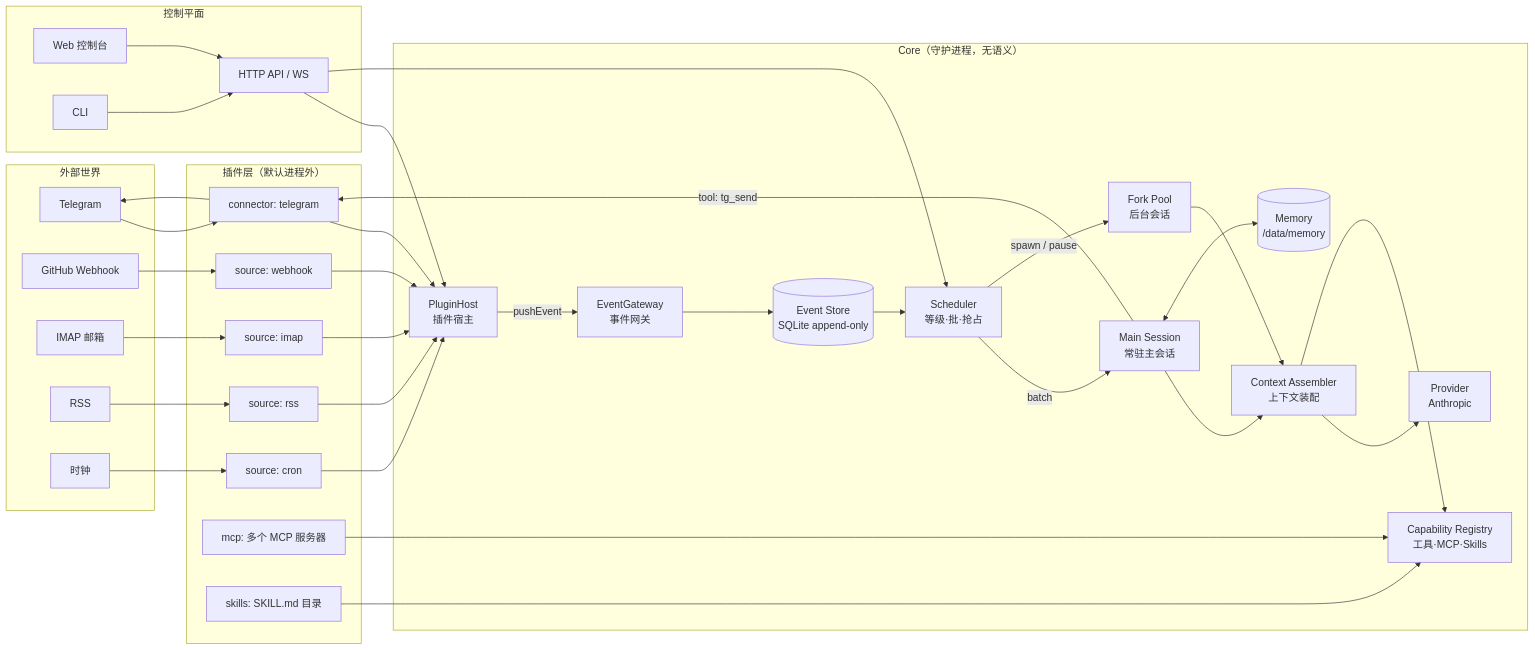
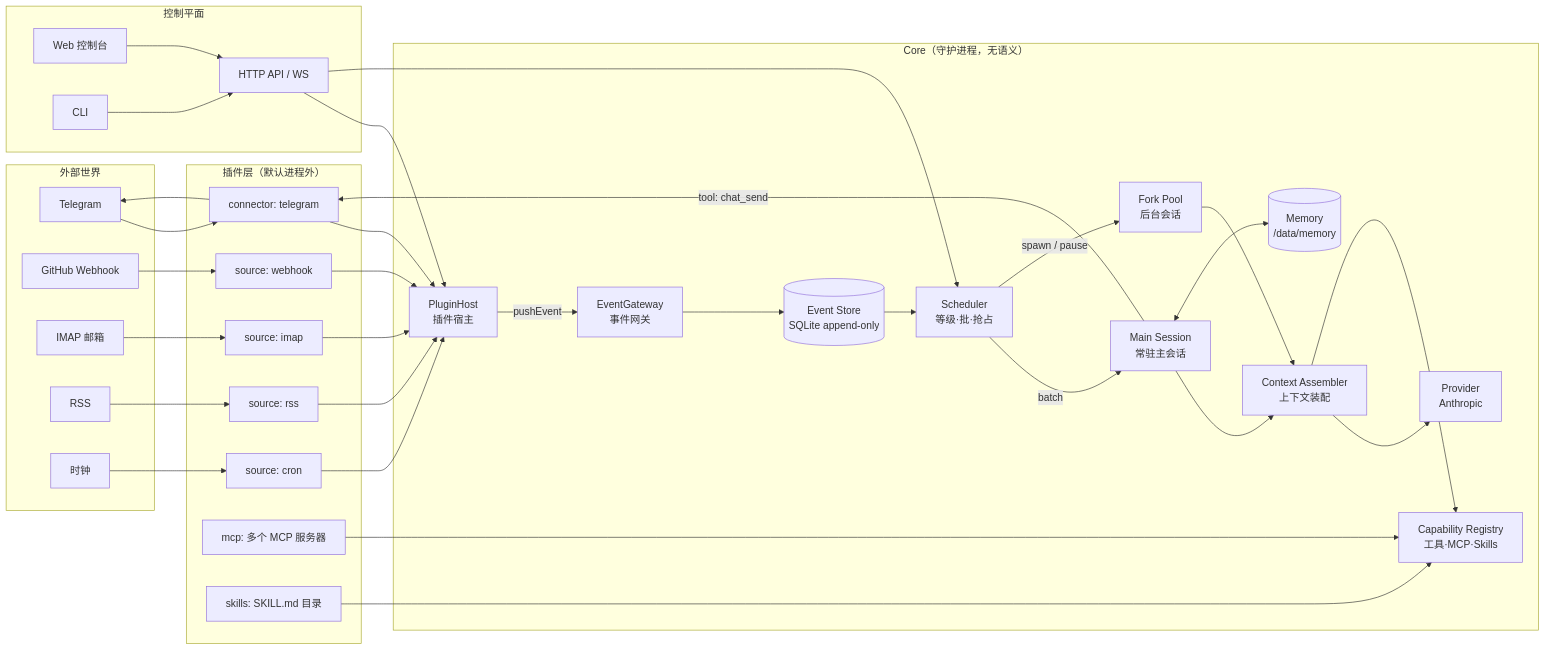
One commit to leafliber/Protea changed the first of 2 diagrams in docs/10-architecture/01-system-overview.md. Above: the diagram before and after it, drawn with Mermaid. The commit also changed other lines of this file and 105 other files, not shown here.

````diff
--- a/docs/10-architecture/01-system-overview.md
+++ b/docs/10-architecture/01-system-overview.md
@@ -7,59 +7,59 @@
 ```mermaid
 flowchart LR
   subgraph World["外部世界"]
     TG[Telegram]
     GH[GitHub Webhook]
     MAIL[IMAP 邮箱]
     RSS[RSS]
     CLK[时钟]
   end
 
   subgraph Plugins["插件层（默认进程外）"]
     P1[connector: telegram]
     P2[source: webhook]
     P3[source: imap]
     P4[source: rss]
     P5[source: cron]
     P6[mcp: 多个 MCP 服务器]
     P7[skills: SKILL.md 目录]
   end
 
   subgraph Core["Core（守护进程，无语义）"]
     HOST[PluginHost\n插件宿主]
     GATE[EventGateway\n事件网关]
     STORE[(Event Store\nSQLite append-only)]
     SCHED[Scheduler\n等级·批·抢占]
     MAIN[Main Session\n常驻主会话]
     FORK[Fork Pool\n后台会话]
     CTX[Context Assembler\n上下文装配]
     CAP[Capability Registry\n工具·MCP·Skills]
     PROV[Provider\nAnthropic]
     MEM[(Memory\n/data/memory)]
   end
 
   subgraph CP["控制平面"]
     API[HTTP API / WS]
     UI[Web 控制台]
     CLI[CLI]
   end
 
   TG --> P1 --> HOST
   GH --> P2 --> HOST
   MAIL --> P3 --> HOST
   RSS --> P4 --> HOST
   CLK --> P5 --> HOST
   HOST -->|pushEvent| GATE --> STORE --> SCHED
   SCHED -->|batch| MAIN
   SCHED -->|spawn / pause| FORK
   MAIN --> CTX --> PROV
   FORK --> CTX
   CTX --> CAP
   P6 --> CAP
   P7 --> CAP
-  MAIN -->|tool: tg_send| P1 --> TG
+  MAIN -->|tool: chat_send| P1 --> TG
   MAIN <--> MEM
   API --> HOST
   API --> SCHED
   UI --> API
   CLI --> API
 ```
````
